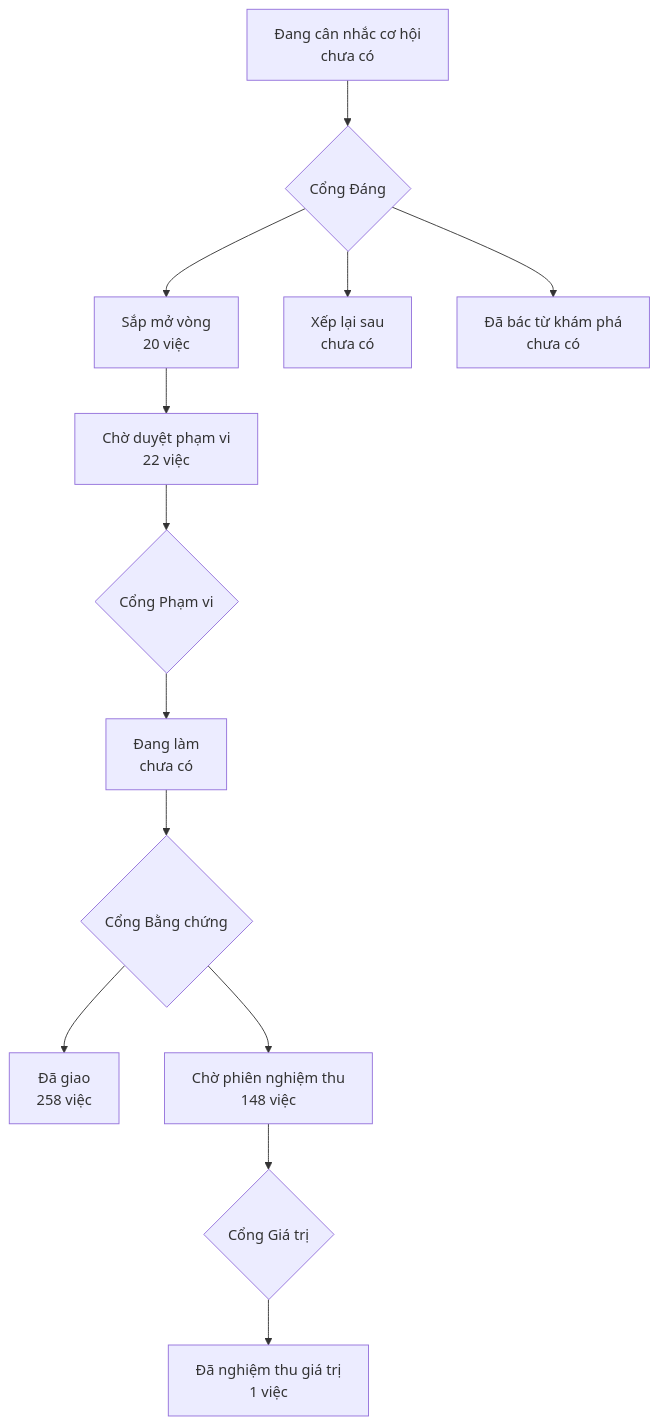
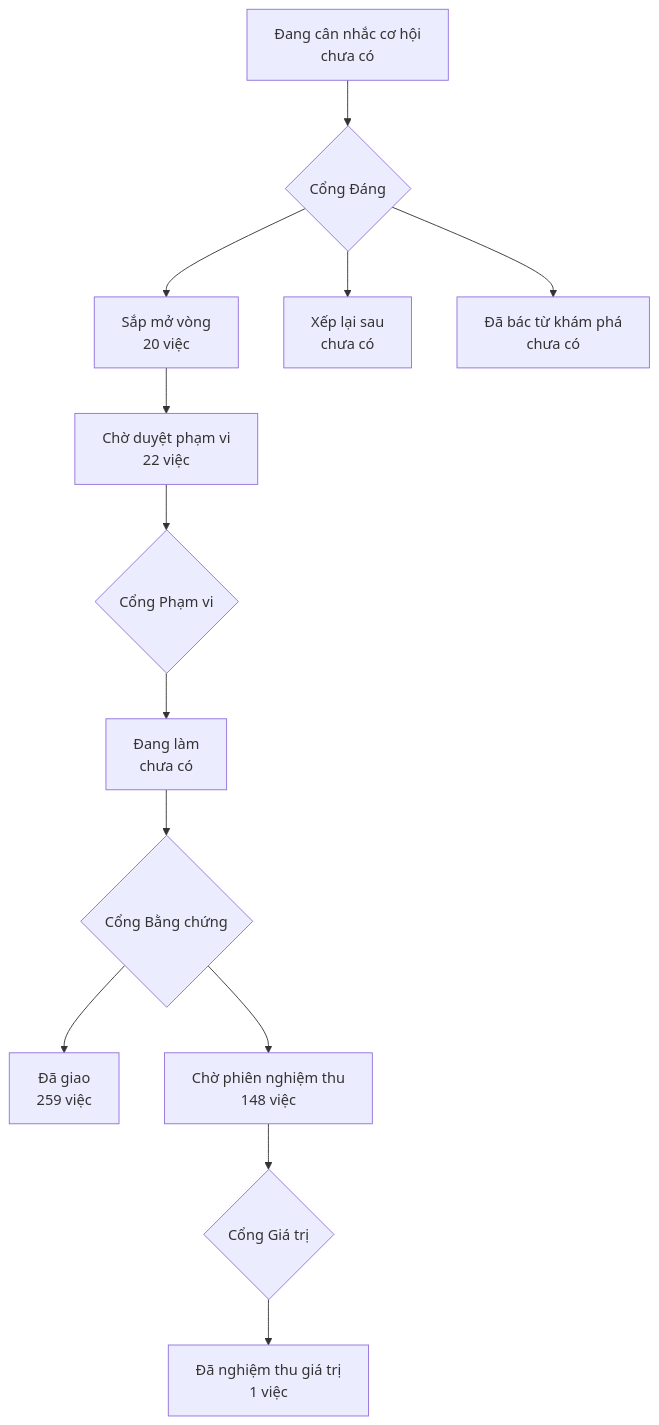
The diagram in PRODUCT-MAP.md (phanlemanh/onehub-invest), drawn with Mermaid before and after one commit. The commit also changed other lines of this file and 20 other files, not shown here.

````diff
--- a/PRODUCT-MAP.md
+++ b/PRODUCT-MAP.md
@@ -7,12 +7,12 @@
 ```mermaid
 flowchart TD
   A["Đang cân nhắc cơ hội<br/>chưa có"] --> GD{"Cổng Đáng"}
   GD --> B["Sắp mở vòng<br/>20 việc"]
   GD --> XL["Xếp lại sau<br/>chưa có"]
   GD --> DB["Đã bác từ khám phá<br/>chưa có"]
   B --> CD["Chờ duyệt phạm vi<br/>22 việc"] --> GP{"Cổng Phạm vi"}
   GP --> DL["Đang làm<br/>chưa có"] --> GB{"Cổng Bằng chứng"}
-  GB --> DG["Đã giao<br/>258 việc"]
+  GB --> DG["Đã giao<br/>259 việc"]
   GB --> CN["Chờ phiên nghiệm thu<br/>148 việc"] --> GG{"Cổng Giá trị"}
   GG --> NT["Đã nghiệm thu giá trị<br/>1 việc"]
 ```
````
